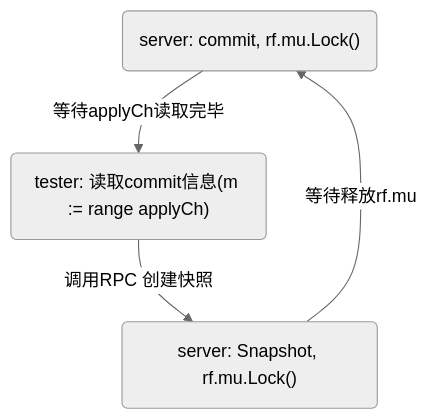
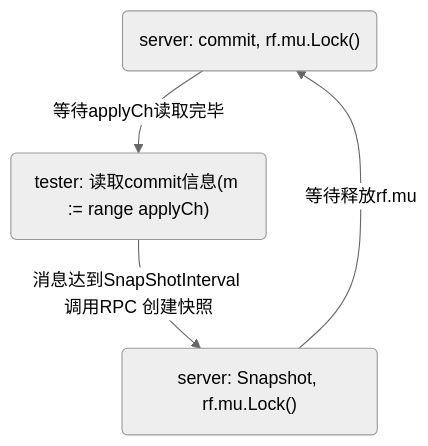
One commit to yJader/MyNote changed the diagram in 课程/6.824/实验笔记/Lab3.md. Above: the diagram before and after it, drawn with Mermaid (neutral theme). The commit also changed other lines of this file, not shown here.

````diff
--- a/课程/6.824/实验笔记/Lab3.md
+++ b/课程/6.824/实验笔记/Lab3.md
@@ -646,6 +646,6 @@
 ```mermaid
 graph 
 1("server: commit, rf.mu.Lock()") --"等待applyCh读取完毕"--> 2("tester: 读取commit信息(m := range applyCh)")
-2 --"调用RPC 创建快照"--> 3("server: Snapshot, rf.mu.Lock()")
+2 --"消息达到SnapShotInterval 调用RPC 创建快照"--> 3("server: Snapshot, rf.mu.Lock()")
 3 --"等待释放rf.mu"--> 1
 ```
````
